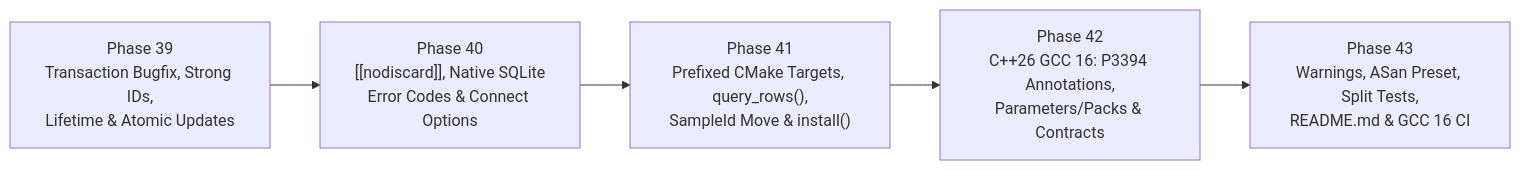
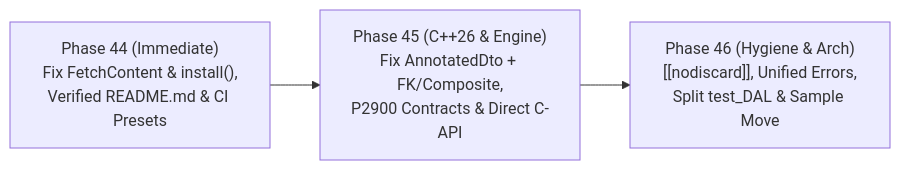
Before and after one commit to mythrz/CodeFirstCppDB_sqlgen: the second of 2 diagrams in readme4.md, drawn with Mermaid. The commit also changed other lines of this file, not shown here.

````diff
--- a/readme4.md
+++ b/readme4.md
@@ -281,7 +316,5 @@
 ```mermaid
 flowchart LR
-    P39["Phase 39<br/>Transaction Bugfix, Strong IDs,<br/>Lifetime &amp; Atomic Updates"] --> P40["Phase 40<br/>[[nodiscard]], Native SQLite<br/>Error Codes &amp; Connect Options"]
-    P40 --> P41["Phase 41<br/>Prefixed CMake Targets, query_rows(),<br/>SampleId Move &amp; install()"]
-    P41 --> P42["Phase 42<br/>C++26 GCC 16: P3394 Annotations,<br/>Parameters/Packs &amp; Contracts"]
-    P42 --> P43["Phase 43<br/>Warnings, ASan Preset, Split Tests,<br/>README.md &amp; GCC 16 CI"]
+    P44["Phase 44 (Immediate)<br/>Fix FetchContent &amp; install(),<br/>Verified README.md &amp; CI Presets"] --> P45["Phase 45 (C++26 &amp; Engine)<br/>Fix AnnotatedDto + FK/Composite,<br/>P2900 Contracts &amp; Direct C-API"]
+    P45 --> P46["Phase 46 (Hygiene &amp; Arch)<br/>[[nodiscard]], Unified Errors,<br/>Split test_DAL &amp; Sample Move"]
 ```
````
